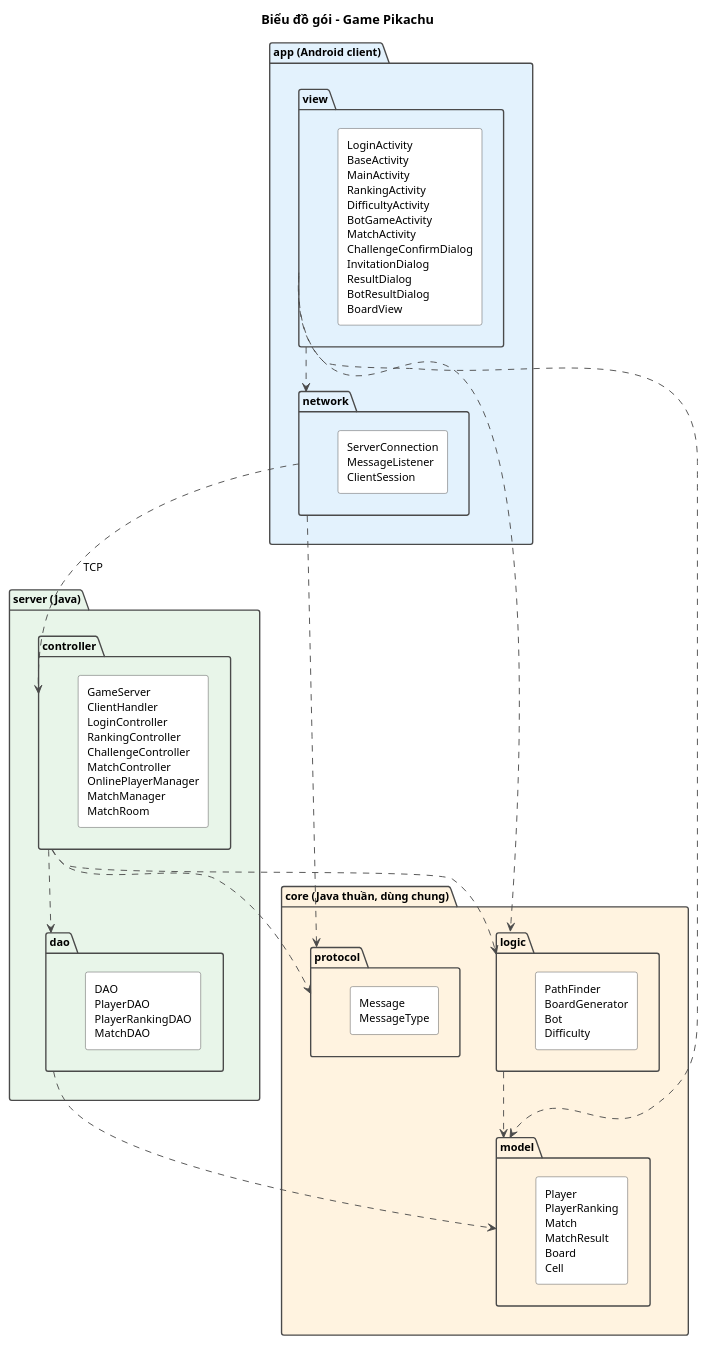
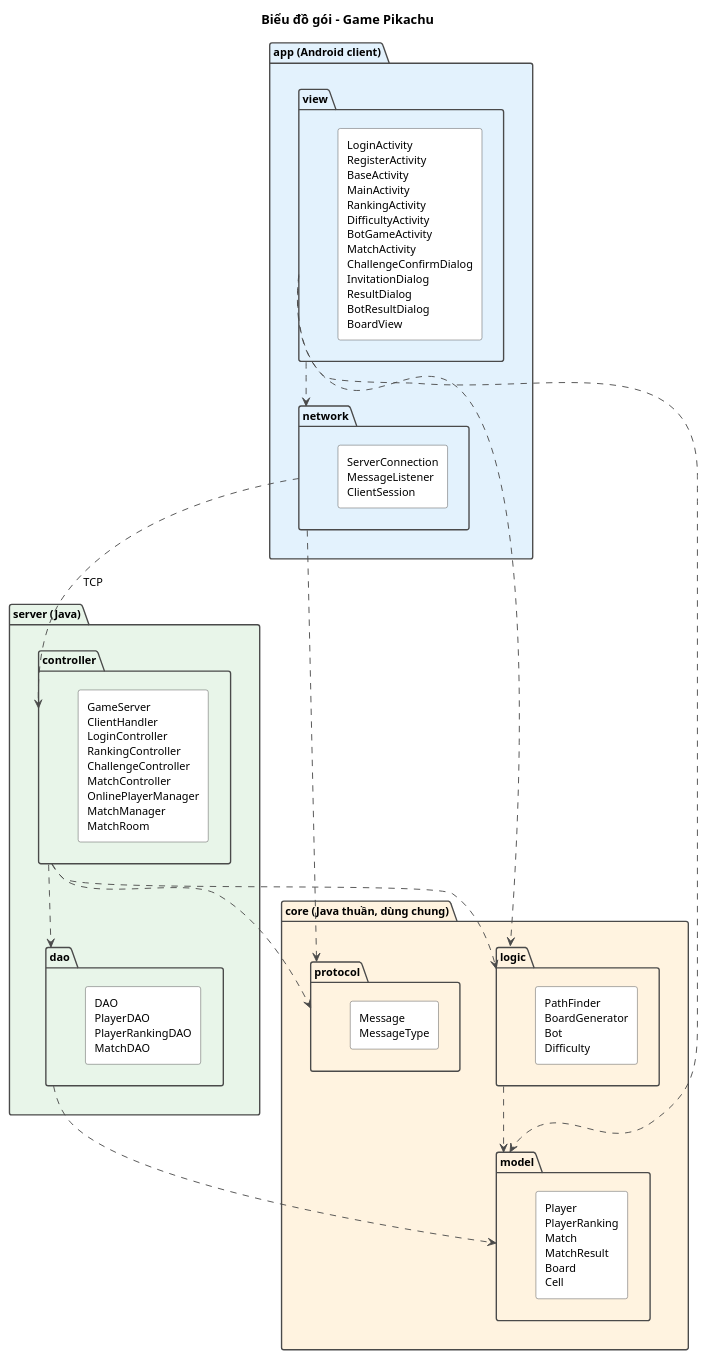
One commit to VattenL/mobile-pikachu changed the diagram in docs/uml/pha3/package.puml. Above: the diagram before and after it, drawn with PlantUML. The commit also changed 46 other files, not shown here.

```diff
--- a/docs/uml/pha3/package.puml
+++ b/docs/uml/pha3/package.puml
@@ -1,56 +1,56 @@
 @startuml package
 title Biểu đồ gói - Game Pikachu
 
 skinparam shadowing false
 skinparam defaultFontSize 12
 skinparam ArrowColor #4A4A4A
 skinparam packageStyle folder
 skinparam package {
   BorderColor #4A4A4A
 }
 skinparam rectangle {
   BorderColor #4A4A4A
   BackgroundColor #FFFFFF
 }
 
 package "app (Android client)" as app #E3F2FD {
   package "view" as view {
-    rectangle "LoginActivity\nBaseActivity\nMainActivity\nRankingActivity\nDifficultyActivity\nBotGameActivity\nMatchActivity\nChallengeConfirmDialog\nInvitationDialog\nResultDialog\nBotResultDialog\nBoardView" as viewC
+    rectangle "LoginActivity\nRegisterActivity\nBaseActivity\nMainActivity\nRankingActivity\nDifficultyActivity\nBotGameActivity\nMatchActivity\nChallengeConfirmDialog\nInvitationDialog\nResultDialog\nBotResultDialog\nBoardView" as viewC
   }
   package "network" as network {
     rectangle "ServerConnection\nMessageListener\nClientSession" as netC
   }
 }
 
 package "server (Java)" as server #E8F5E9 {
   package "controller" as controller {
     rectangle "GameServer\nClientHandler\nLoginController\nRankingController\nChallengeController\nMatchController\nOnlinePlayerManager\nMatchManager\nMatchRoom" as ctrlC
   }
   package "dao" as dao {
     rectangle "DAO\nPlayerDAO\nPlayerRankingDAO\nMatchDAO" as daoC
   }
 }
 
 package "core (Java thuần, dùng chung)" as core #FFF3E0 {
   package "model" as model {
     rectangle "Player\nPlayerRanking\nMatch\nMatchResult\nBoard\nCell" as modelC
   }
   package "logic" as logic {
     rectangle "PathFinder\nBoardGenerator\nBot\nDifficulty" as logicC
   }
   package "protocol" as protocol {
     rectangle "Message\nMessageType" as protoC
   }
 }
 
 view ..> network
 view ..> logic
 view ..> model
 network ..> protocol
 controller ..> dao
 controller ..> logic
 controller ..> protocol
 dao ..> model
 logic ..> model
 network ..> controller : TCP
 @enduml
```
